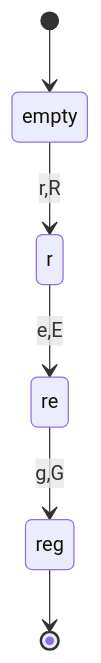
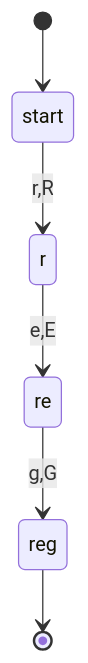
Diagram 15 of 39 in _posts/2019-09-21-regular-expressions.md (raganwald/raganwald.github.com), drawn with Mermaid before and after one commit. The commit also changed other lines of this file, not shown here.

```diff
--- a/_posts/2019-09-21-regular-expressions.md
+++ b/_posts/2019-09-21-regular-expressions.md
@@ -2034,8 +2034,8 @@
 <div class="mermaid">
   stateDiagram
-    [*]-->empty
-    empty-->r : r,R
+    [*]-->start
+    start-->r : r,R
     r-->re : e,E
     re-->reg : g,G
     reg-->[*]
 </div>
```
